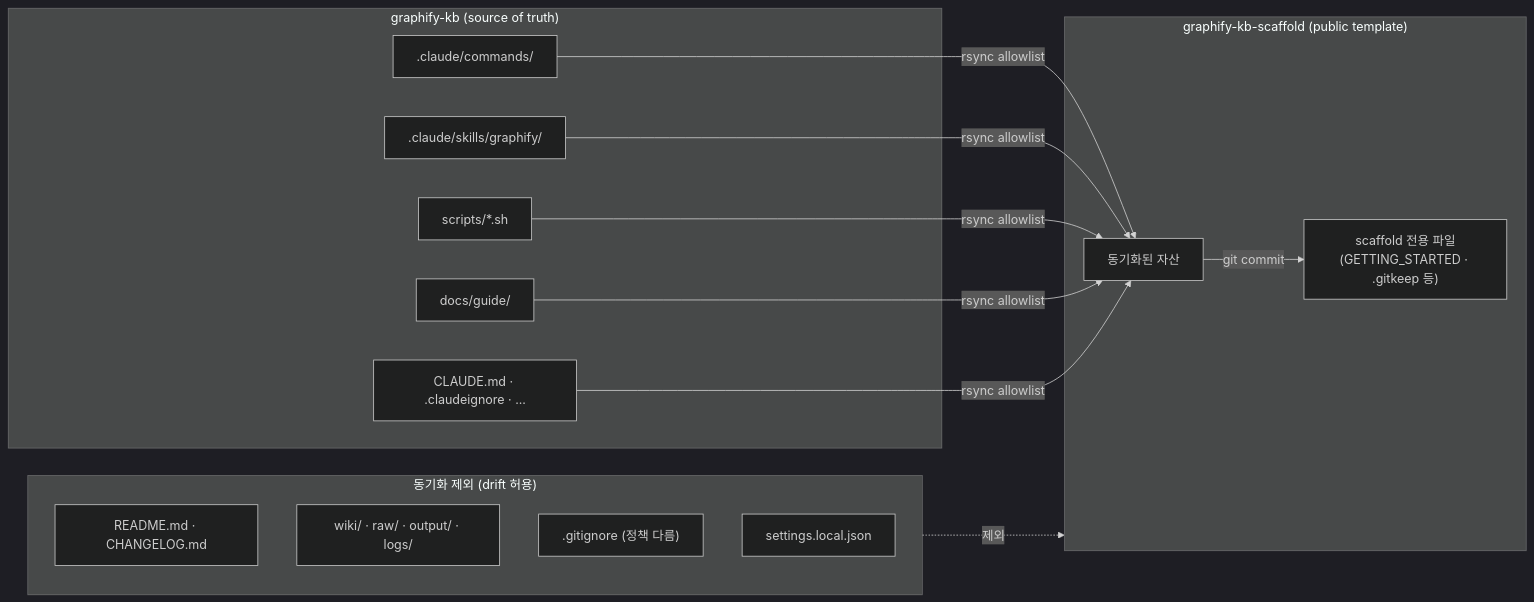
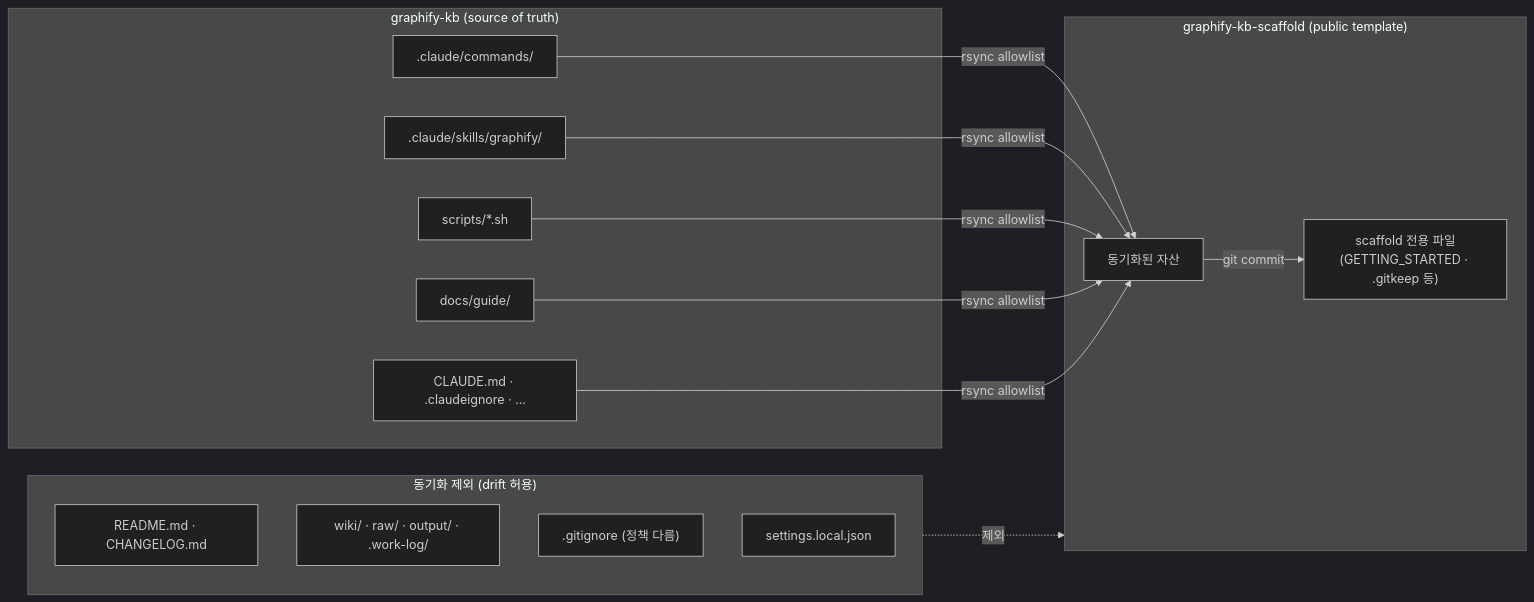
The first of 2 diagrams in docs/guide/scaffold-sync.md (yeochul-jeon/graphify-kb-scaffold), drawn with Mermaid before and after one commit. The commit also changed other lines of this file and 29 other files, not shown here.

First line of the commit message:
chore: sync templates from graphify-kb@5bcea13

````diff
--- a/docs/guide/scaffold-sync.md
+++ b/docs/guide/scaffold-sync.md
@@ -10,27 +10,27 @@
 ```mermaid
 %%{init: {"theme": "dark", "flowchart": {"curve": "basis"}}}%%
 flowchart LR
     subgraph src ["graphify-kb (source of truth)"]
         A1[".claude/commands/"]
         A2[".claude/skills/graphify/"]
         A3["scripts/*.sh"]
         A4["docs/guide/"]
         A5["CLAUDE.md · .claudeignore · ..."]
     end
 
     subgraph deny ["동기화 제외 (drift 허용)"]
         D1["README.md · CHANGELOG.md"]
-        D2["wiki/ · raw/ · output/ · logs/"]
+        D2["wiki/ · raw/ · output/ · .work-log/"]
         D3[".gitignore (정책 다름)"]
         D4["settings.local.json"]
     end
 
     subgraph tgt ["graphify-kb-scaffold (public template)"]
         T1["동기화된 자산"]
         T2["scaffold 전용 파일\n(GETTING_STARTED · .gitkeep 등)"]
     end
 
     A1 & A2 & A3 & A4 & A5 -->|rsync allowlist| T1
     deny -.->|제외| tgt
     T1 --> |git commit| T2
 ```
````
